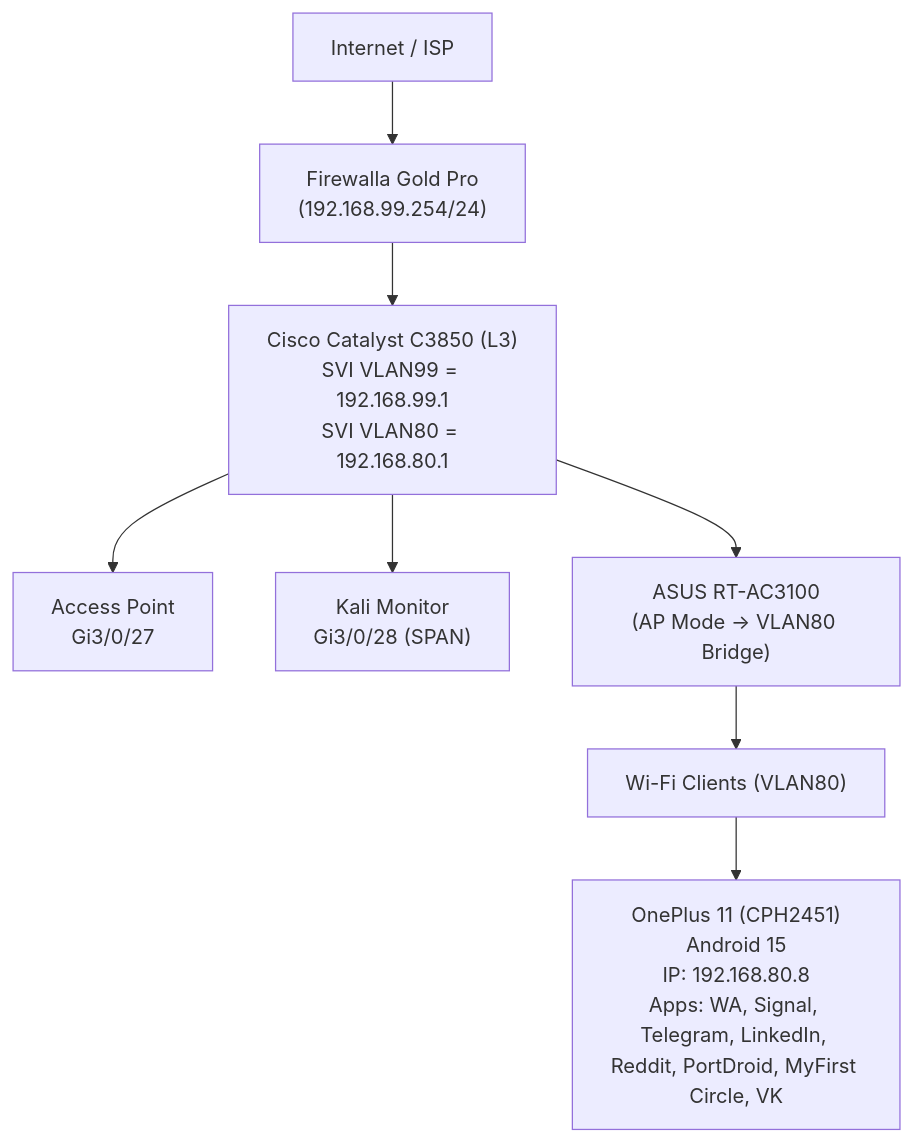
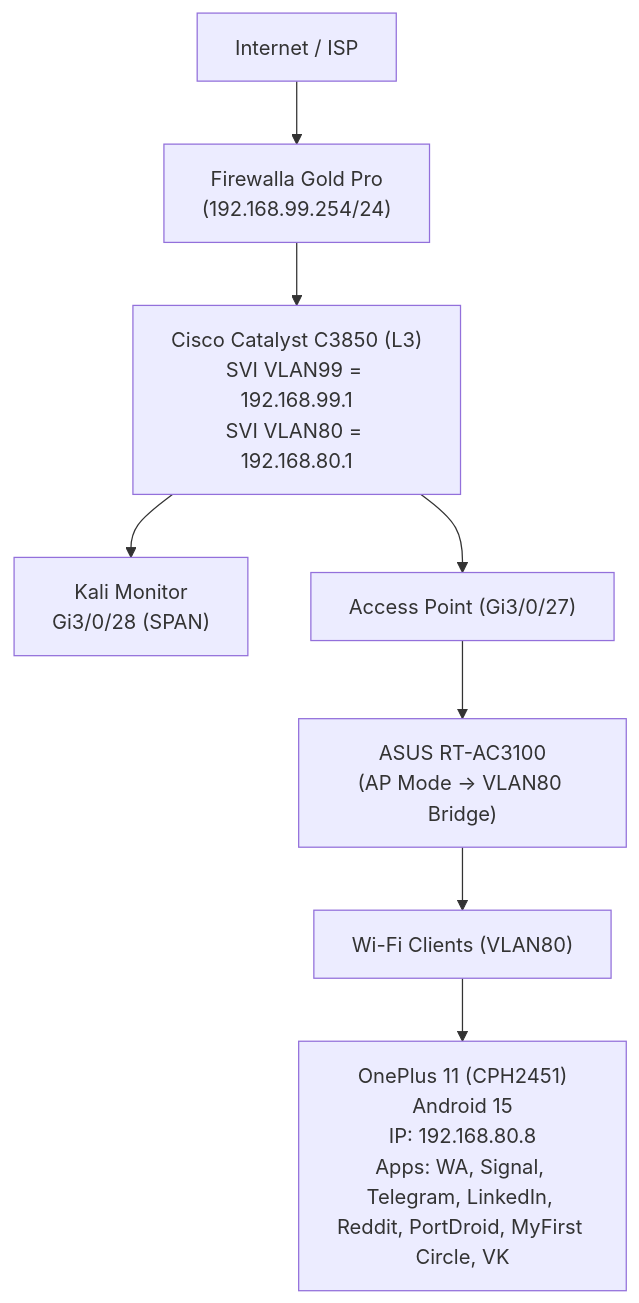
The diagram in Labs/ClientSide/LabSetup.md (blackTieV2/ZEIT8023-S2-2025-), drawn with Mermaid before and after one commit.

````diff
--- a/Labs/ClientSide/LabSetup.md
+++ b/Labs/ClientSide/LabSetup.md
@@ -12,27 +12,27 @@
 ```mermaid
 flowchart TD
 ISP["Internet / ISP"]
 FW["Firewalla Gold Pro
 (192.168.99.254/24)"]
 SW["Cisco Catalyst C3850 (L3)
 SVI VLAN99 = 192.168.99.1
 SVI VLAN80 = 192.168.80.1"]
-AP["Access Point
-Gi3/0/27"]
 KALI["Kali Monitor
 Gi3/0/28 (SPAN)"]
+AP["Access Point (Gi3/0/27)"]
 ASUS["ASUS RT-AC3100
 (AP Mode -> VLAN80 Bridge)"]
 WIFI["Wi-Fi Clients (VLAN80)"]
 OP11["OnePlus 11 (CPH2451)
 Android 15
 IP: 192.168.80.8
 Apps: WA, Signal, Telegram, LinkedIn, Reddit, PortDroid, MyFirst Circle, VK"]
+
 ISP --> FW
 FW --> SW
+SW --> KALI
 SW --> AP
-SW --> KALI
-SW --> ASUS
+AP --> ASUS
 ASUS --> WIFI
 WIFI --> OP11
 ```
````
